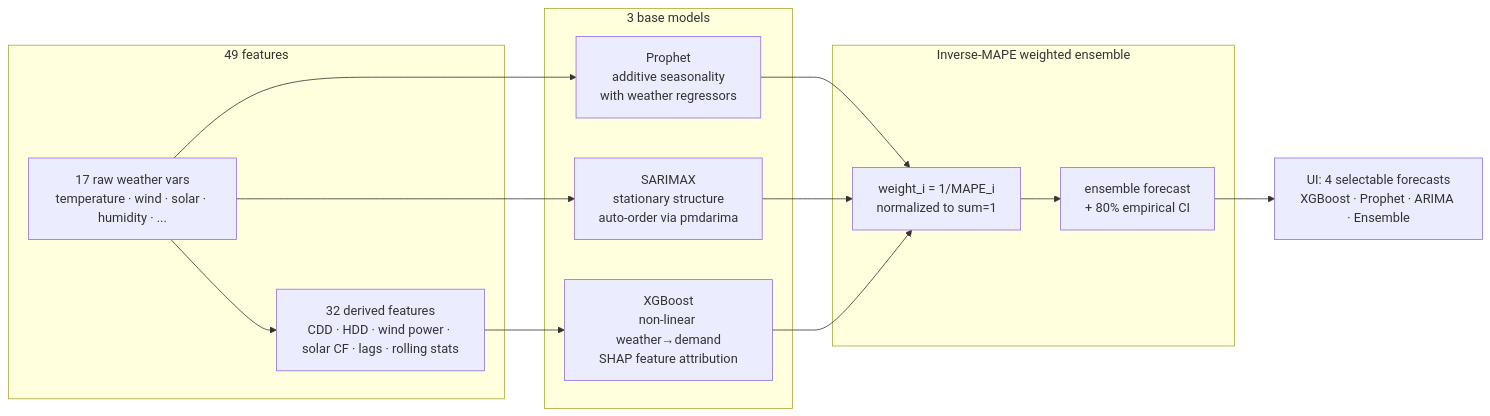
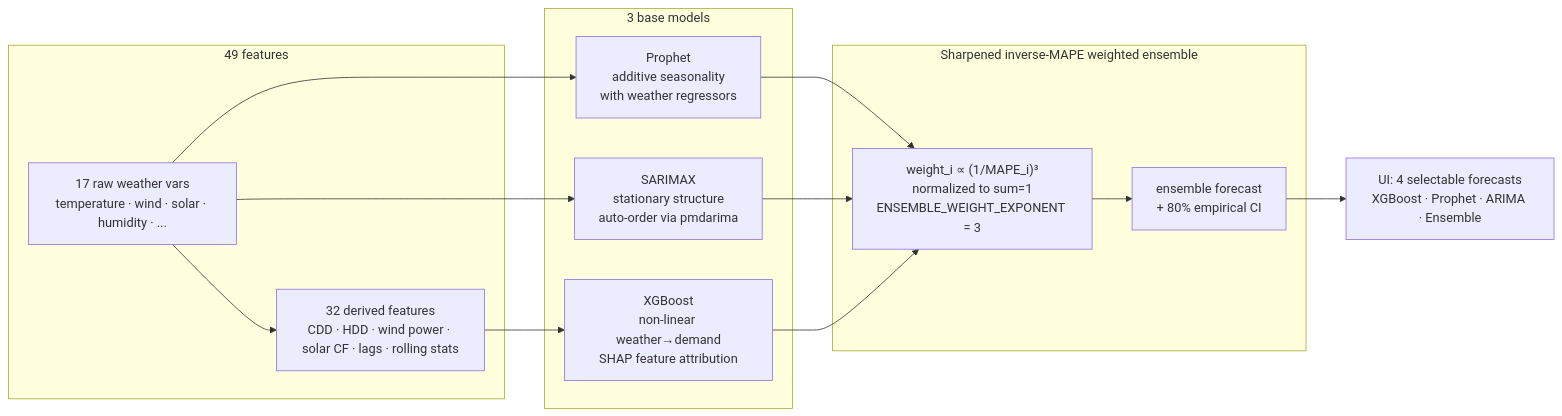
Before and after one commit to kristenmartino/gridpulse: the fourth of 5 diagrams in docs/HOW_IT_WORKS.md, drawn with Mermaid. The commit also changed other lines of this file and 3 other files, not shown here.

````diff
--- a/docs/HOW_IT_WORKS.md
+++ b/docs/HOW_IT_WORKS.md
@@ -140,29 +140,29 @@
 ```mermaid
 flowchart LR
     subgraph Input["49 features"]
         Raw[17 raw weather vars<br/>temperature · wind · solar · humidity · ...]
         Derived[32 derived features<br/>CDD · HDD · wind power · solar CF · lags · rolling stats]
     end
 
     subgraph Models["3 base models"]
         Prophet[Prophet<br/>additive seasonality<br/>with weather regressors]
         SARIMAX[SARIMAX<br/>stationary structure<br/>auto-order via pmdarima]
         XGB[XGBoost<br/>non-linear weather→demand<br/>SHAP feature attribution]
     end
 
-    subgraph Ensemble["Inverse-MAPE weighted ensemble"]
-        Weights[weight_i = 1/MAPE_i<br/>normalized to sum=1]
+    subgraph Ensemble["Sharpened inverse-MAPE weighted ensemble"]
+        Weights["weight_i ∝ (1/MAPE_i)³<br/>normalized to sum=1<br/>ENSEMBLE_WEIGHT_EXPONENT = 3"]
         Combined[ensemble forecast<br/>+ 80% empirical CI]
     end
 
     Raw --> Derived
     Raw --> Prophet
     Raw --> SARIMAX
     Derived --> XGB
     Prophet --> Weights
     SARIMAX --> Weights
     XGB --> Weights
     Weights --> Combined
 
     Combined --> UI[UI: 4 selectable forecasts<br/>XGBoost · Prophet · ARIMA · Ensemble]
 ```
````
